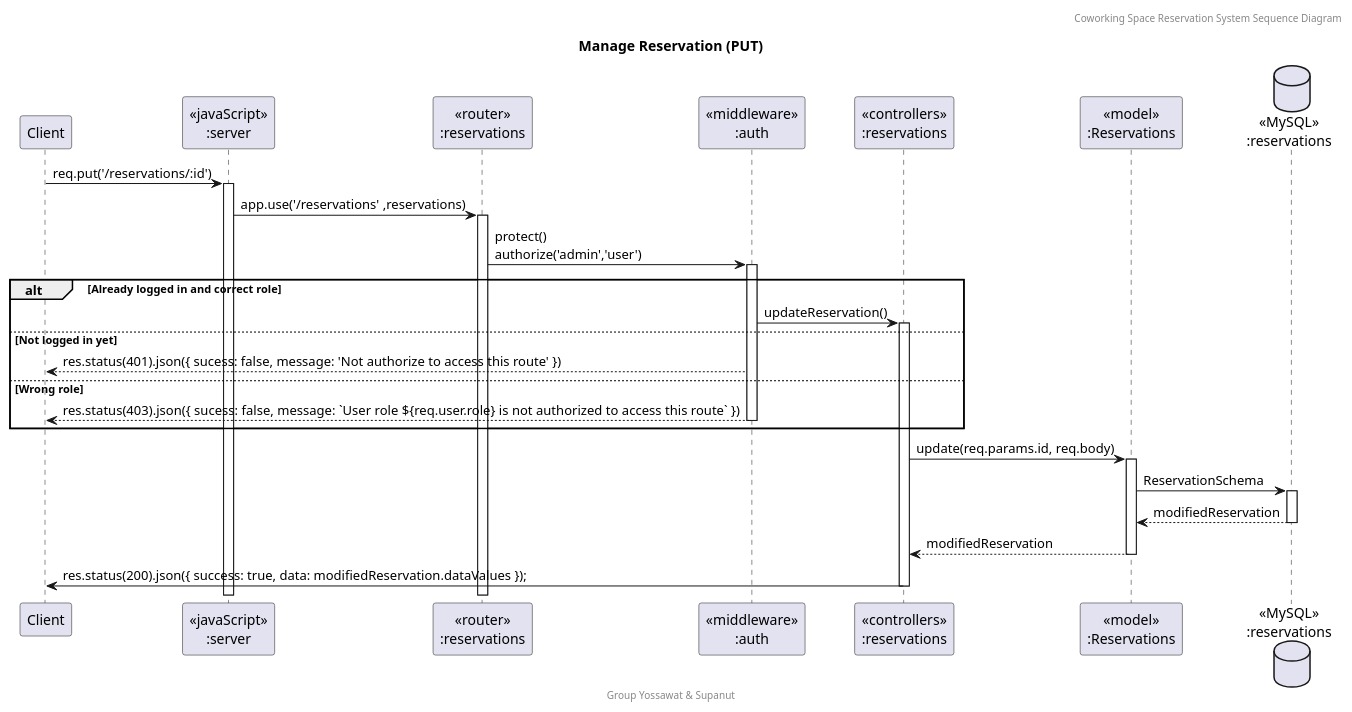
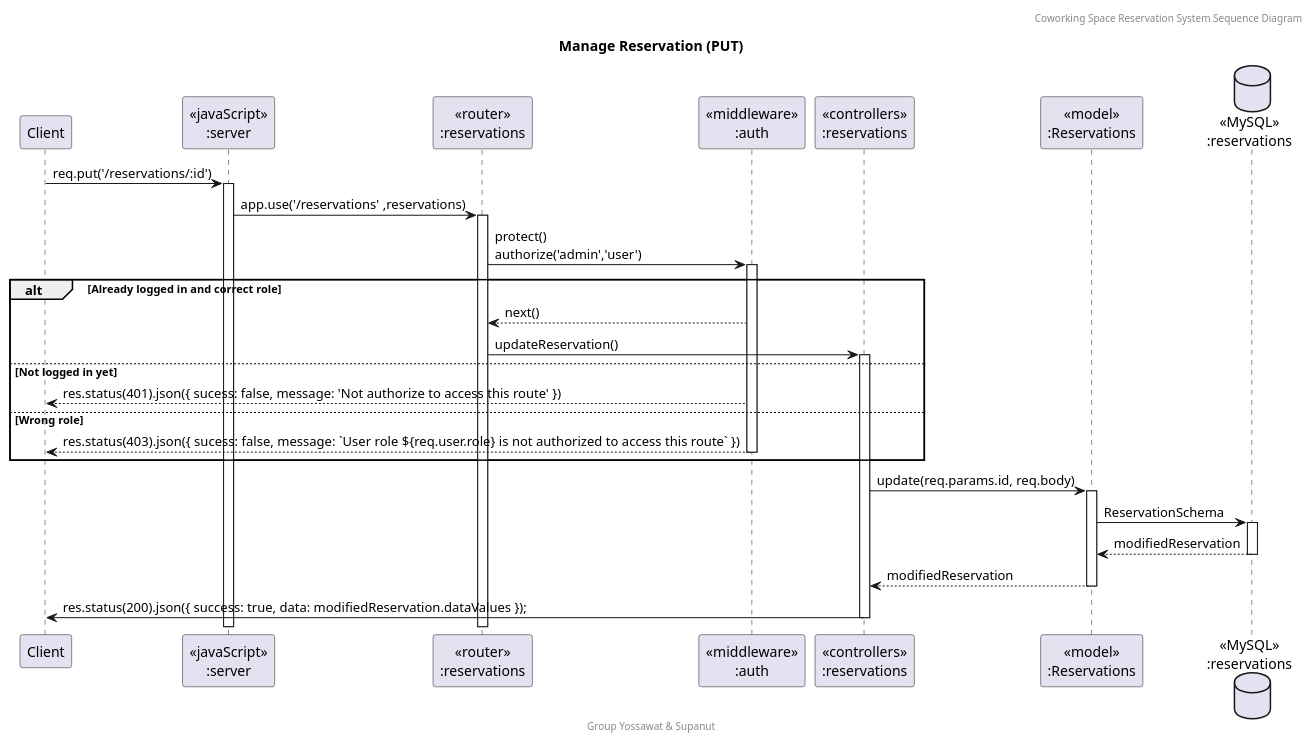
The diagram in doc/Sequence Diagram/puml/Re_Put.puml (SupanutT/sw-dev-prac-project), drawn with PlantUML before and after one commit. The commit also changed 7 other files, not shown here.

Commit message:
fix: sequence diagram

```diff
--- a/doc/Sequence Diagram/puml/Re_Put.puml
+++ b/doc/Sequence Diagram/puml/Re_Put.puml
@@ -1,31 +1,32 @@
 @startuml Manage Reservation (PUT)
 
 header Coworking Space Reservation System Sequence Diagram
 footer Group Yossawat & Supanut
 title "Manage Reservation (PUT)"
 
 participant "Client" as client
 participant "<<javaScript>>\n:server" as server
 participant "<<router>>\n:reservations" as routerReservations
 participant "<<middleware>>\n:auth" as middleware
 participant "<<controllers>>\n:reservations" as controllersReservations
 participant "<<model>>\n:Reservations" as modelReservation
 database "<<MySQL>>\n:reservations" as ReservationsDatabase
 
 client -> server ++:req.put('/reservations/:id')
 server -> routerReservations ++:app.use('/reservations' ,reservations)
 routerReservations -> middleware ++:protect()\nauthorize('admin','user')
 alt Already logged in and correct role
-    middleware -> controllersReservations ++: updateReservation()
+    middleware --> routerReservations : next()
+    routerReservations -> controllersReservations ++: updateReservation()
 else Not logged in yet
     middleware --> client : res.status(401).json({ sucess: false, message: 'Not authorize to access this route' })
 else Wrong role
     middleware --> client --: res.status(403).json({ sucess: false, message: `User role ${req.user.role} is not authorized to access this route` })
 end
 controllersReservations -> modelReservation ++: update(req.params.id, req.body)
 modelReservation -> ReservationsDatabase ++: ReservationSchema
 ReservationsDatabase --> modelReservation --: modifiedReservation
 controllersReservations <-- modelReservation --: modifiedReservation
 controllersReservations -> client --:res.status(200).json({ success: true, data: modifiedReservation.dataValues });
 
 @enduml
```
